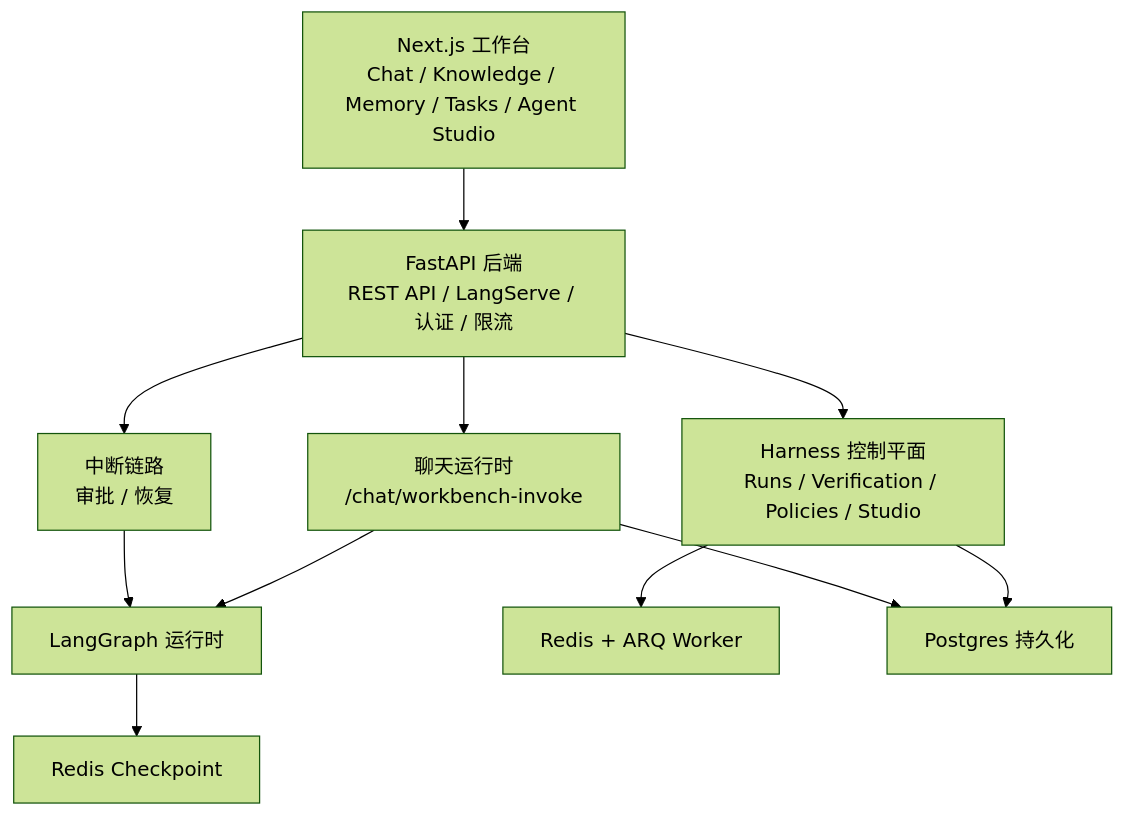
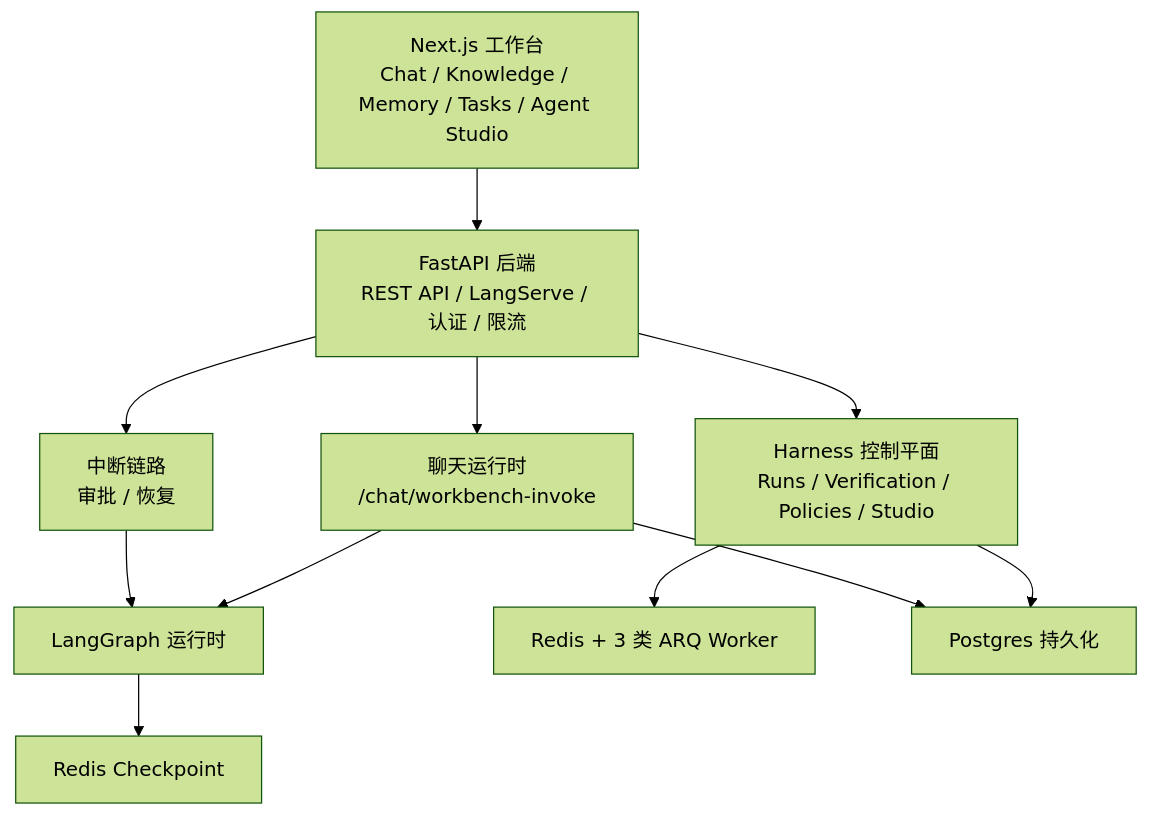
The diagram in README-CN.md (Ivan001223/AgFrame), drawn with Mermaid (forest theme) before and after one commit. The commit also changed other lines of this file and 26 other files, not shown here.

````diff
--- a/README-CN.md
+++ b/README-CN.md
@@ -33,23 +33,23 @@
 ```mermaid
 flowchart TD
     FE[Next.js 工作台<br/>Chat / Knowledge / Memory / Tasks / Agent Studio]
     API[FastAPI 后端<br/>REST API / LangServe / 认证 / 限流]
     CHAT["聊天运行时<br/>/chat/workbench-invoke"]
     GRAPH[LangGraph 运行时]
     INTERRUPT["中断链路<br/>审批 / 恢复"]
     HARNESS["Harness 控制平面<br/>Runs / Verification / Policies / Studio"]
-    QUEUE[Redis + ARQ Worker]
+    QUEUE[Redis + 3 类 ARQ Worker]
     REDIS[Redis Checkpoint]
     PG[Postgres 持久化]
 
     FE --> API
     API --> CHAT
     CHAT --> GRAPH
     GRAPH --> REDIS
     API --> INTERRUPT
     INTERRUPT --> GRAPH
     API --> HARNESS
     HARNESS --> QUEUE
     HARNESS --> PG
     CHAT --> PG
 ```
````
